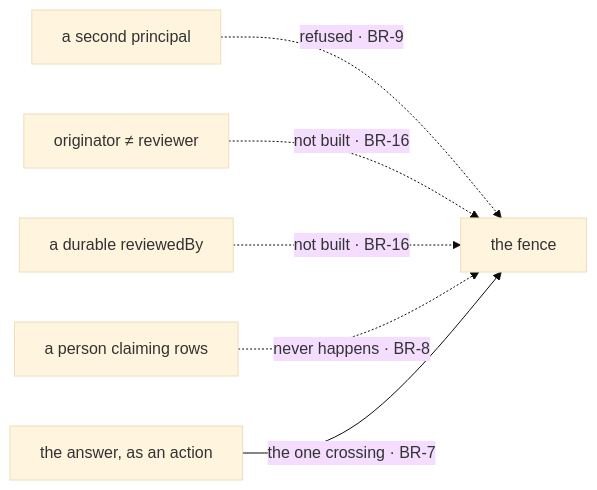
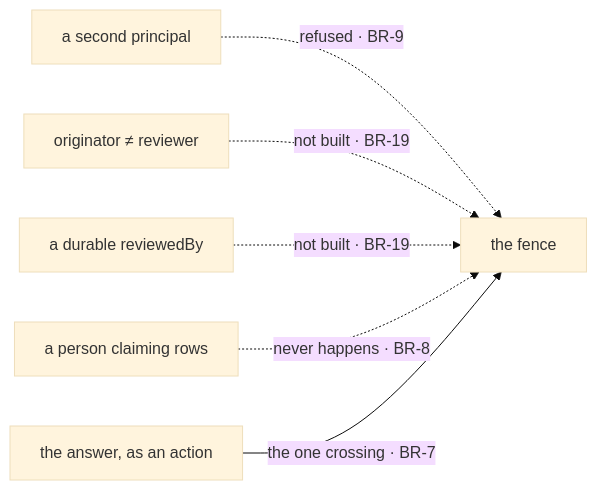
Before and after one commit to fixpoint-labs/flow-state-dev: the diagram in specs/issues/FIX-1497/BUSINESS-RULES.md, drawn with Mermaid (base theme). The commit also changed other lines of this file and 1 other file, not shown here.

````diff
--- a/specs/issues/FIX-1497/BUSINESS-RULES.md
+++ b/specs/issues/FIX-1497/BUSINESS-RULES.md
@@ -36,8 +36,8 @@
 ```mermaid
 flowchart LR
   A["a second principal"] -.->|"refused · BR-9"| F["the fence"]
-  B["originator ≠ reviewer"] -.->|"not built · BR-16"| F
-  C["a durable reviewedBy"] -.->|"not built · BR-16"| F
+  B["originator ≠ reviewer"] -.->|"not built · BR-19"| F
+  C["a durable reviewedBy"] -.->|"not built · BR-19"| F
   D["a person claiming rows"] -.->|"never happens · BR-8"| F
   E["the answer, as an action"] -->|"the one crossing · BR-7"| F
 ```
````
